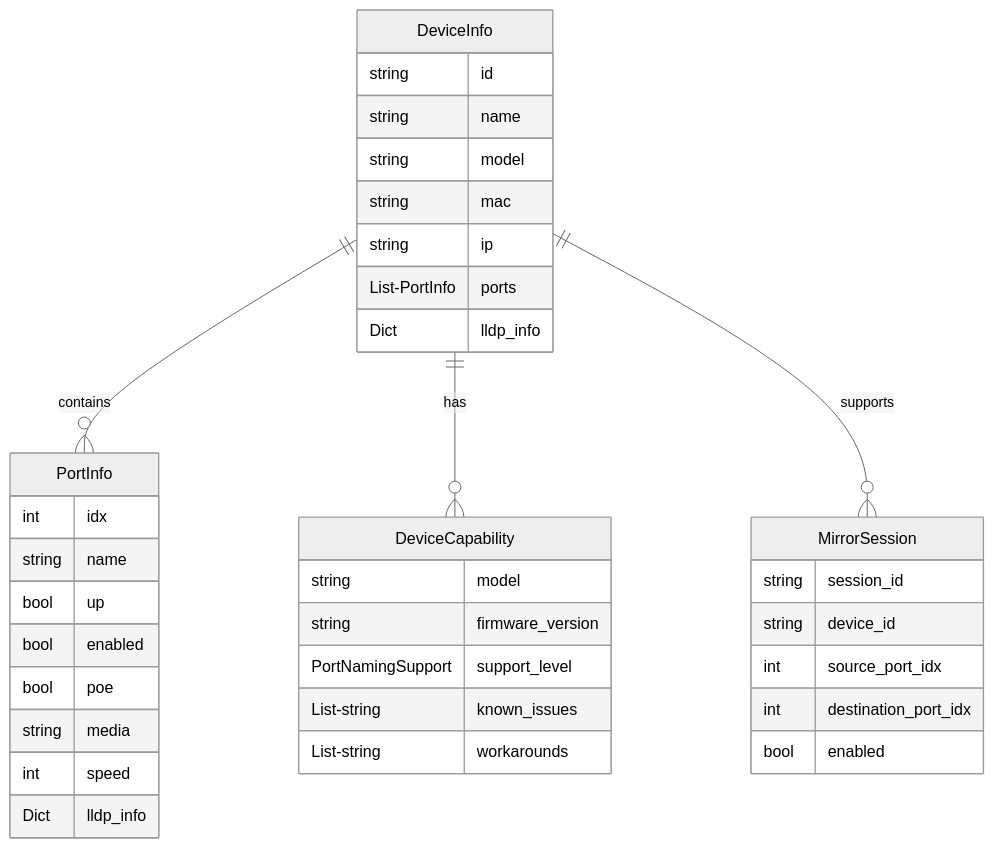
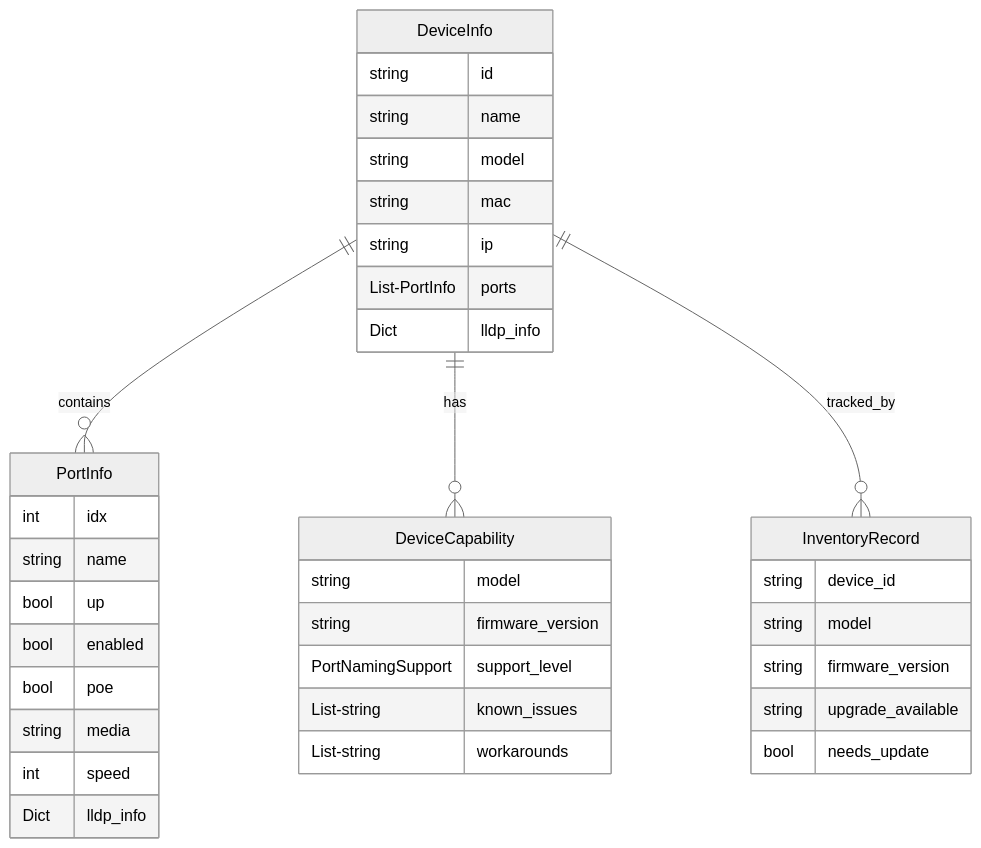
One commit to NetDevAutomate/unifi_port_mapper changed diagram 24 of 27 in docs/architecture-and-codemap.md. Above: the diagram before and after it, drawn with Mermaid (neutral theme). The commit also changed other lines of this file and 2 other files, not shown here.

````diff
--- a/docs/architecture-and-codemap.md
+++ b/docs/architecture-and-codemap.md
@@ -1053,43 +1053,43 @@
 ```mermaid
 erDiagram
     DeviceInfo {
         string id
         string name
         string model
         string mac
         string ip
         List-PortInfo ports
         Dict lldp_info
     }
 
     PortInfo {
         int idx
         string name
         bool up
         bool enabled
         bool poe
         string media
         int speed
         Dict lldp_info
     }
 
     DeviceCapability {
         string model
         string firmware_version
         PortNamingSupport support_level
         List-string known_issues
         List-string workarounds
     }
 
-    MirrorSession {
-        string session_id
+    InventoryRecord {
         string device_id
-        int source_port_idx
-        int destination_port_idx
-        bool enabled
+        string model
+        string firmware_version
+        string upgrade_available
+        bool needs_update
     }
 
     DeviceInfo ||--o{ PortInfo : contains
     DeviceInfo ||--o{ DeviceCapability : has
-    DeviceInfo ||--o{ MirrorSession : supports
+    DeviceInfo ||--o{ InventoryRecord : tracked_by
 ```
````
